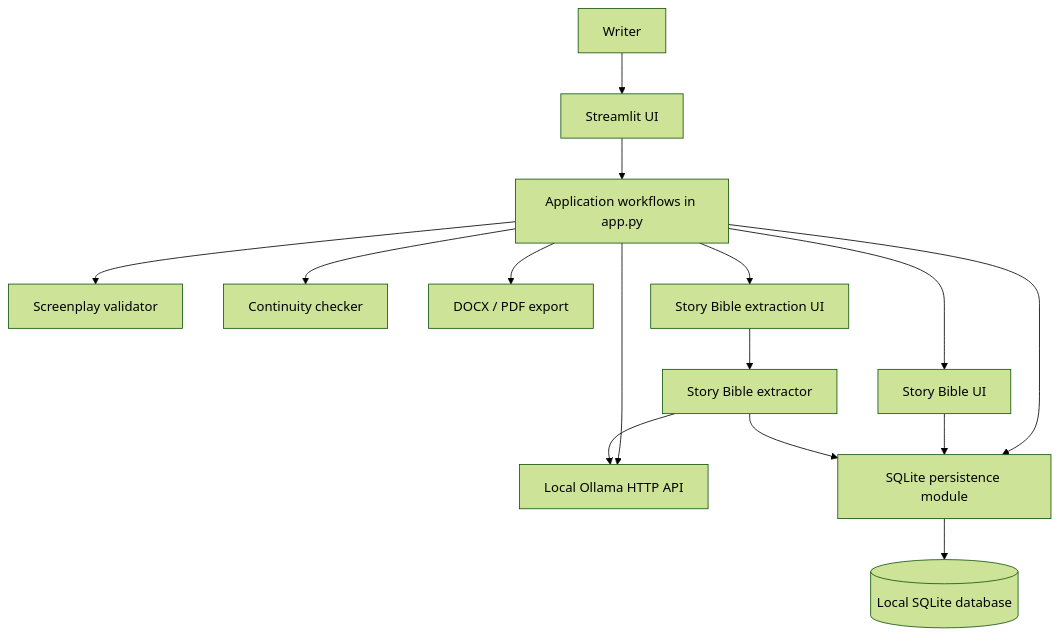
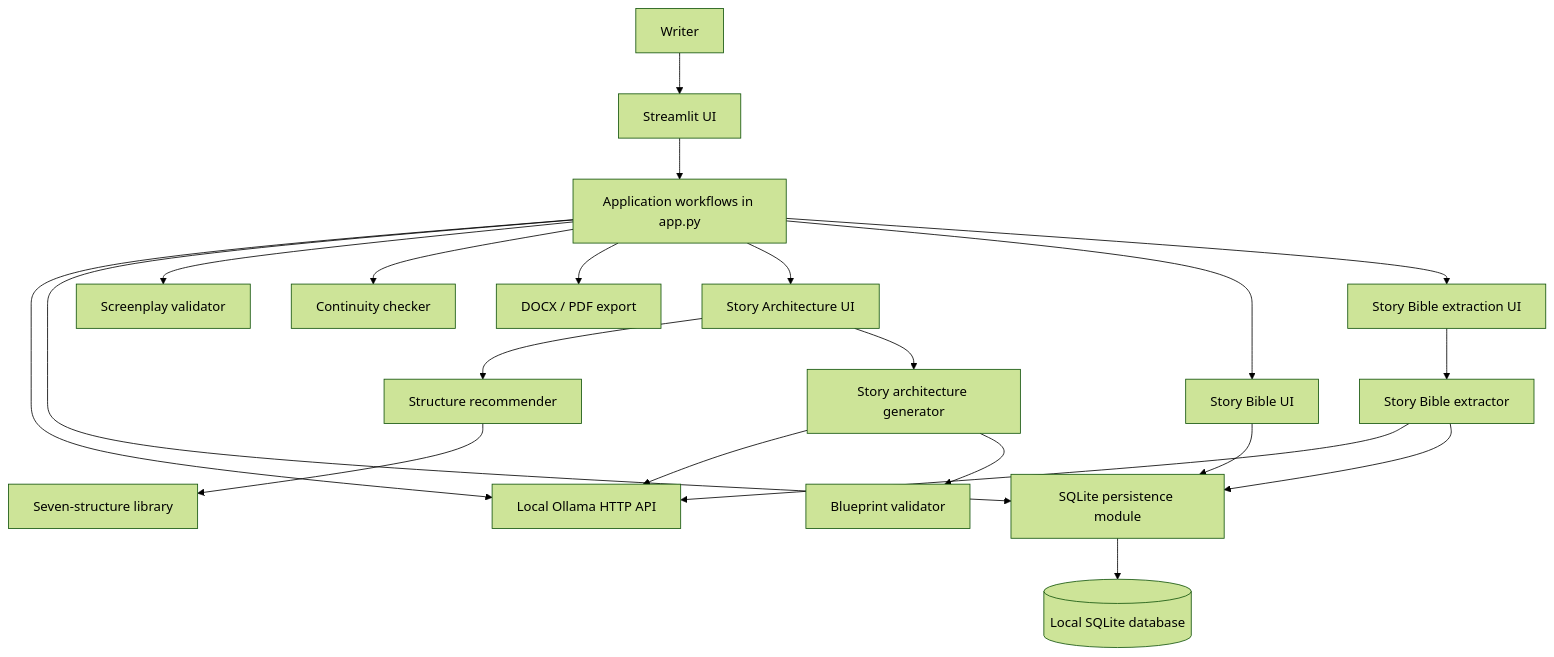
The diagram in docs/ARCHITECTURE.md (raverer/Screenwriter-Studio), drawn with Mermaid (forest theme) before and after one commit. The commit also changed other lines of this file, not shown here.

Commit message:
Update architecture guide for story architecture UI and 95 tests

````diff
--- a/docs/ARCHITECTURE.md
+++ b/docs/ARCHITECTURE.md
@@ -7,19 +7,25 @@
 ```mermaid
 flowchart TD
     U[Writer] --> UI[Streamlit UI]
     UI --> APP[Application workflows in app.py]
 
     APP --> OLLAMA[Local Ollama HTTP API]
     APP --> DBL[SQLite persistence module]
     APP --> VALID[Screenplay validator]
     APP --> CONT[Continuity checker]
     APP --> EXPORT[DOCX / PDF export]
+    APP --> ARCHUI[Story Architecture UI]
+    ARCHUI --> REC[Structure recommender]
+    REC --> STRUCT[Seven-structure library]
+    ARCHUI --> ARCHGEN[Story architecture generator]
+    ARCHGEN --> OLLAMA
+    ARCHGEN --> ARCHVALID[Blueprint validator]
 
     DBL --> DB[(Local SQLite database)]
     SBU[Story Bible UI] --> DBL
     EXUI[Story Bible extraction UI] --> EXTRACT[Story Bible extractor]
     EXTRACT --> OLLAMA
     EXTRACT --> DBL
     APP --> SBU
     APP --> EXUI
 ```
````
